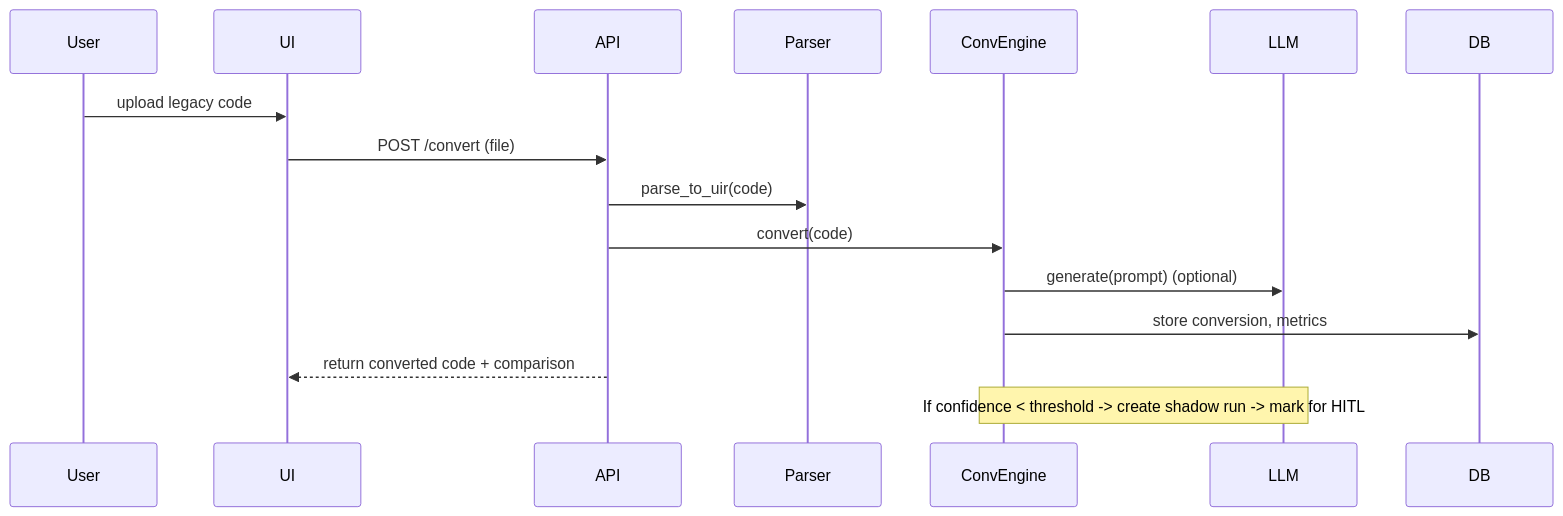
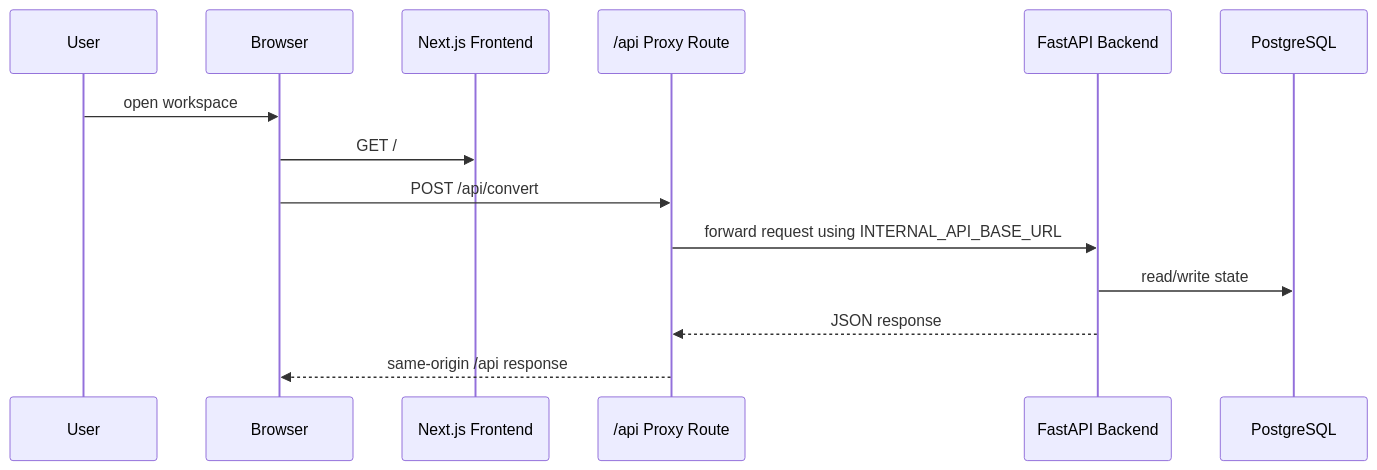
The second of 4 diagrams in docs/DIAGRAMS.md (rahuljaiswal15996-svg/Nexora), drawn with Mermaid before and after one commit. The commit also changed other lines of this file and 171 other files, not shown here.

````diff
--- a/docs/DIAGRAMS.md
+++ b/docs/DIAGRAMS.md
@@ -34,20 +50,17 @@
 ```mermaid
 sequenceDiagram
     participant User
-    participant UI
-    participant API
-    participant Parser
-    participant ConvEngine
-    participant LLM
-    participant DB
+    participant Browser
+    participant Next as Next.js Frontend
+    participant Proxy as /api Proxy Route
+    participant API as FastAPI Backend
+    participant DB as PostgreSQL
 
-    User->>UI: upload legacy code
-    UI->>API: POST /convert (file)
-    API->>Parser: parse_to_uir(code)
-    API->>ConvEngine: convert(code)
-    ConvEngine->>LLM: generate(prompt) (optional)
-    ConvEngine->>DB: store conversion, metrics
-    API-->>UI: return converted code + comparison
-
-    Note over ConvEngine,LLM: If confidence < threshold -> create shadow run -> mark for HITL
+    User->>Browser: open workspace
+    Browser->>Next: GET /
+    Browser->>Proxy: POST /api/convert
+    Proxy->>API: forward request using INTERNAL_API_BASE_URL
+    API->>DB: read/write state
+    API-->>Proxy: JSON response
+    Proxy-->>Browser: same-origin /api response
 ```
````
